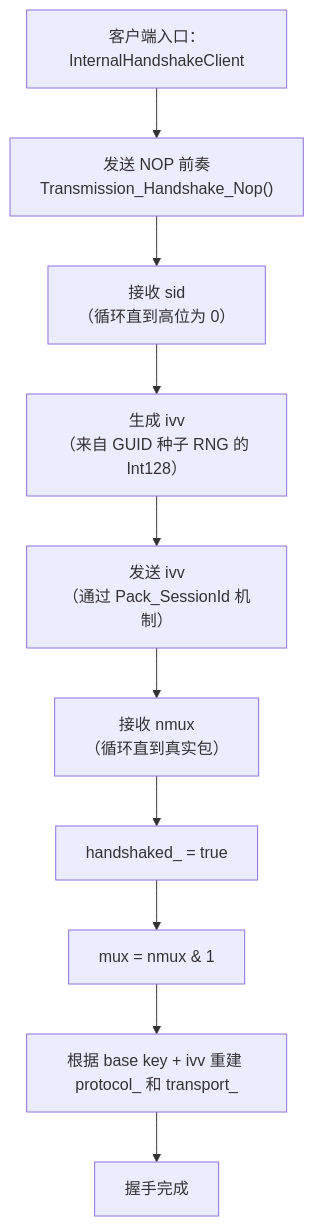
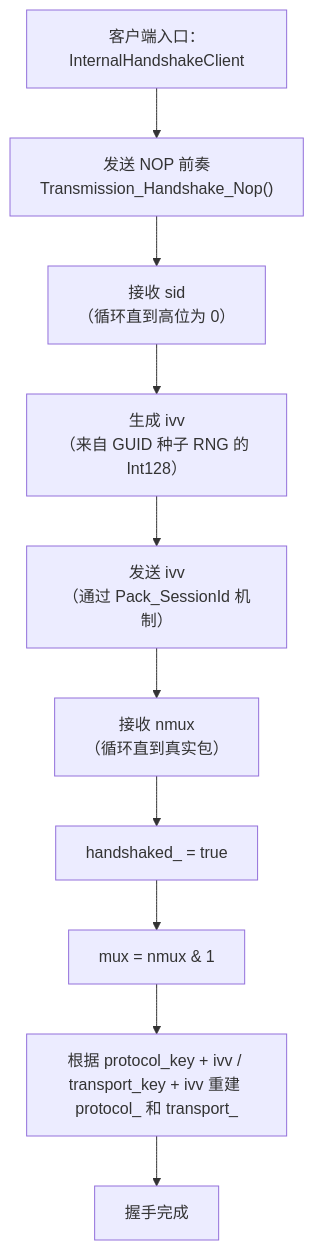
The third of 10 diagrams in docs/HANDSHAKE_SEQUENCE_CN.md (HyacinthHaru/openppp2), drawn with Mermaid before and after one commit. The commit also changed other lines of this file and 80 other files, not shown here.

````diff
--- a/docs/HANDSHAKE_SEQUENCE_CN.md
+++ b/docs/HANDSHAKE_SEQUENCE_CN.md
@@ -99,12 +99,12 @@
 ```mermaid
 flowchart TD
     A[客户端入口：InternalHandshakeClient] --> B["发送 NOP 前奏\nTransmission_Handshake_Nop()"]
     B --> C["接收 sid\n（循环直到高位为 0）"]
     C --> D["生成 ivv\n（来自 GUID 种子 RNG 的 Int128）"]
     D --> E["发送 ivv\n（通过 Pack_SessionId 机制）"]
     E --> F["接收 nmux\n（循环直到真实包）"]
     F --> G["handshaked_ = true"]
     G --> H["mux = nmux & 1"]
-    H --> I["根据 base key + ivv 重建 protocol_ 和 transport_"]
+    H --> I["根据 protocol_key + ivv / transport_key + ivv 重建 protocol_ 和 transport_"]
     I --> J[握手完成]
 ```
````
